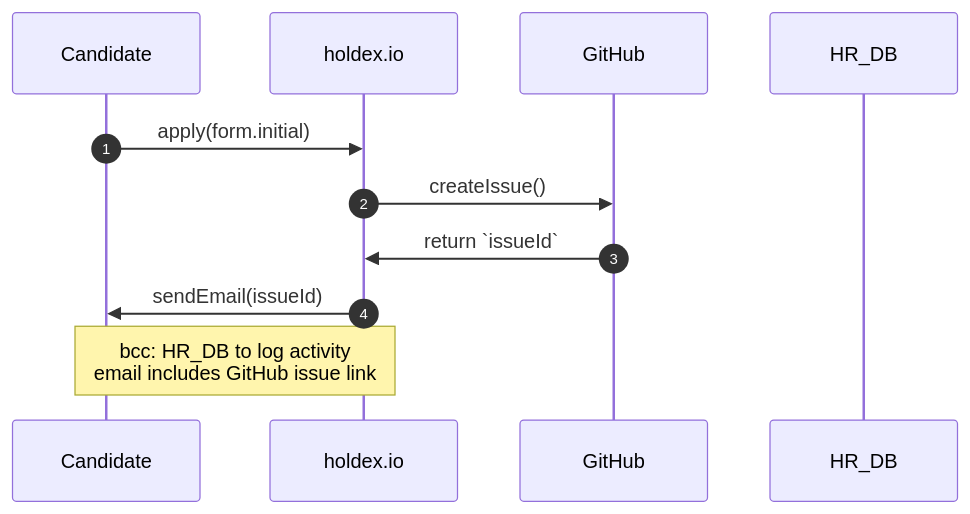
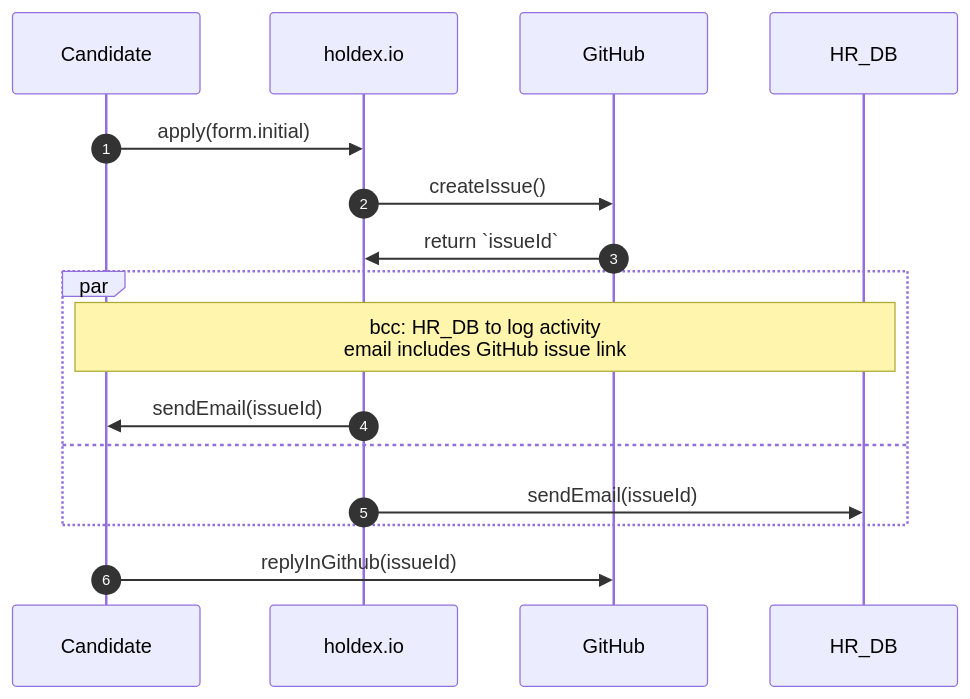
Before and after one commit to holdex/developers: the diagram in templates/README.md, drawn with Mermaid.

Commit message:
docs: update flow

````diff
--- a/templates/README.md
+++ b/templates/README.md
@@ -5,15 +5,21 @@
 ```mermaid
 sequenceDiagram
     autonumber
 
     participant c as Candidate
     participant h as holdex.io
     participant g as GitHub
     participant db as HR_DB
 
     c->>h: apply(form.initial)
     h->>g: createIssue()
     g->>h: return `issueId`
-    h->>c: sendEmail(issueId)
-    Note over h,c: bcc: HR_DB to log activity<br/> email includes GitHub issue link
+    par
+    Note over c,db: bcc: HR_DB to log activity<br/> email includes GitHub issue link
+        h->>c: sendEmail(issueId)
+        and
+        h->>db: sendEmail(issueId)
+    end
+    c->>g: replyInGithub(issueId)
+    
 ```
````
